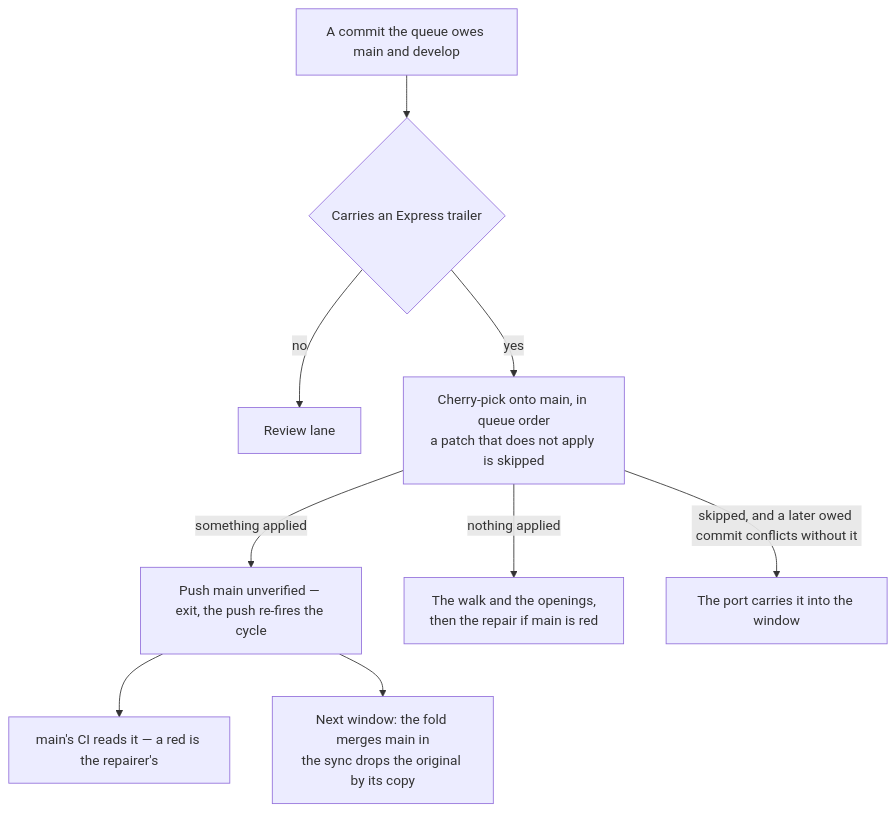
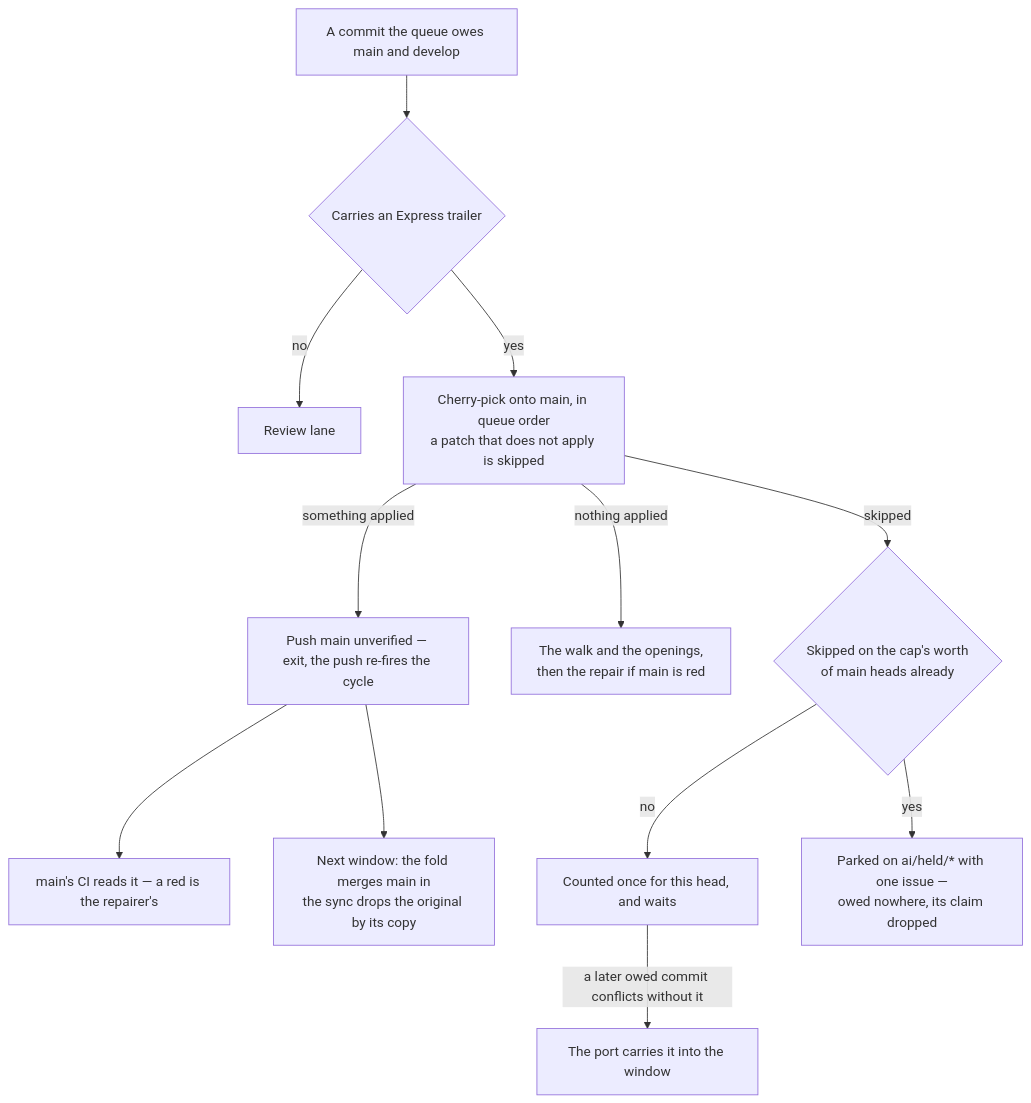
Before and after one commit to Esposter/Esposter: the diagram in apps/web/content/docs/infra/review-collector/express-lane.md, drawn with Mermaid. The commit also changed other lines of this file and 13 other files, not shown here.

````diff
--- a/apps/web/content/docs/infra/review-collector/express-lane.md
+++ b/apps/web/content/docs/infra/review-collector/express-lane.md
@@ -21,11 +25,14 @@
 ```mermaid
 flowchart TD
   C[A commit the queue owes main and develop] --> T{Carries an Express trailer}
   T -->|no| RV[Review lane]
   T -->|yes| EX[Cherry-pick onto main, in queue order<br/>a patch that does not apply is skipped]
   EX -->|something applied| PU[Push main unverified — exit, the push re-fires the cycle]
   EX -->|nothing applied| MR[The walk and the openings,<br/>then the repair if main is red]
   PU --> CI[main's CI reads it — a red is the repairer's]
   PU --> FO[Next window: the fold merges main in<br/>the sync drops the original by its copy]
-  EX -->|skipped, and a later owed commit conflicts without it| CA[The port carries it into the window]
+  EX -->|skipped| AT{Skipped on the cap's worth<br/>of main heads already}
+  AT -->|no| WT[Counted once for this head, and waits]
+  WT -->|a later owed commit conflicts without it| CA[The port carries it into the window]
+  AT -->|yes| PK[Parked on ai/held/* with one issue —<br/>owed nowhere, its claim dropped]
 ```
````
